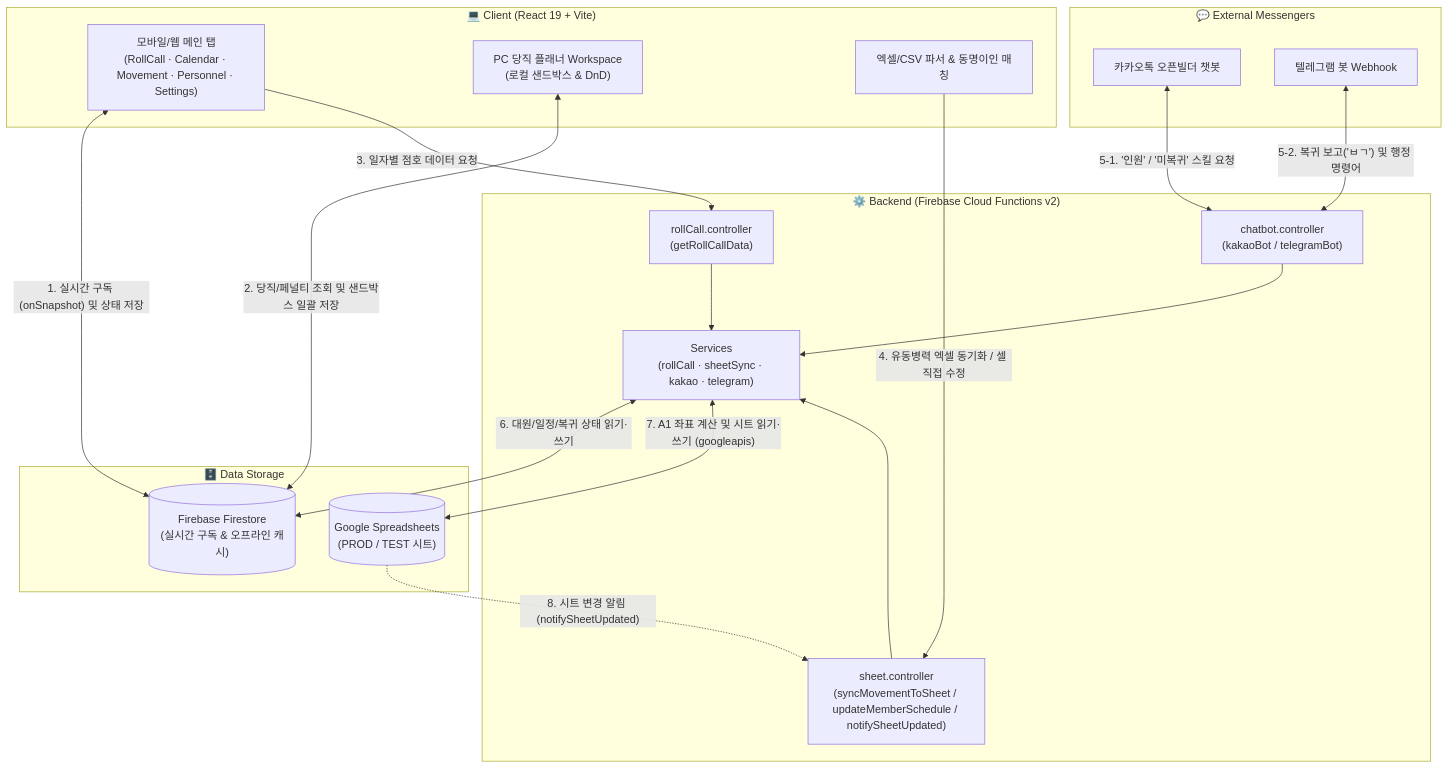
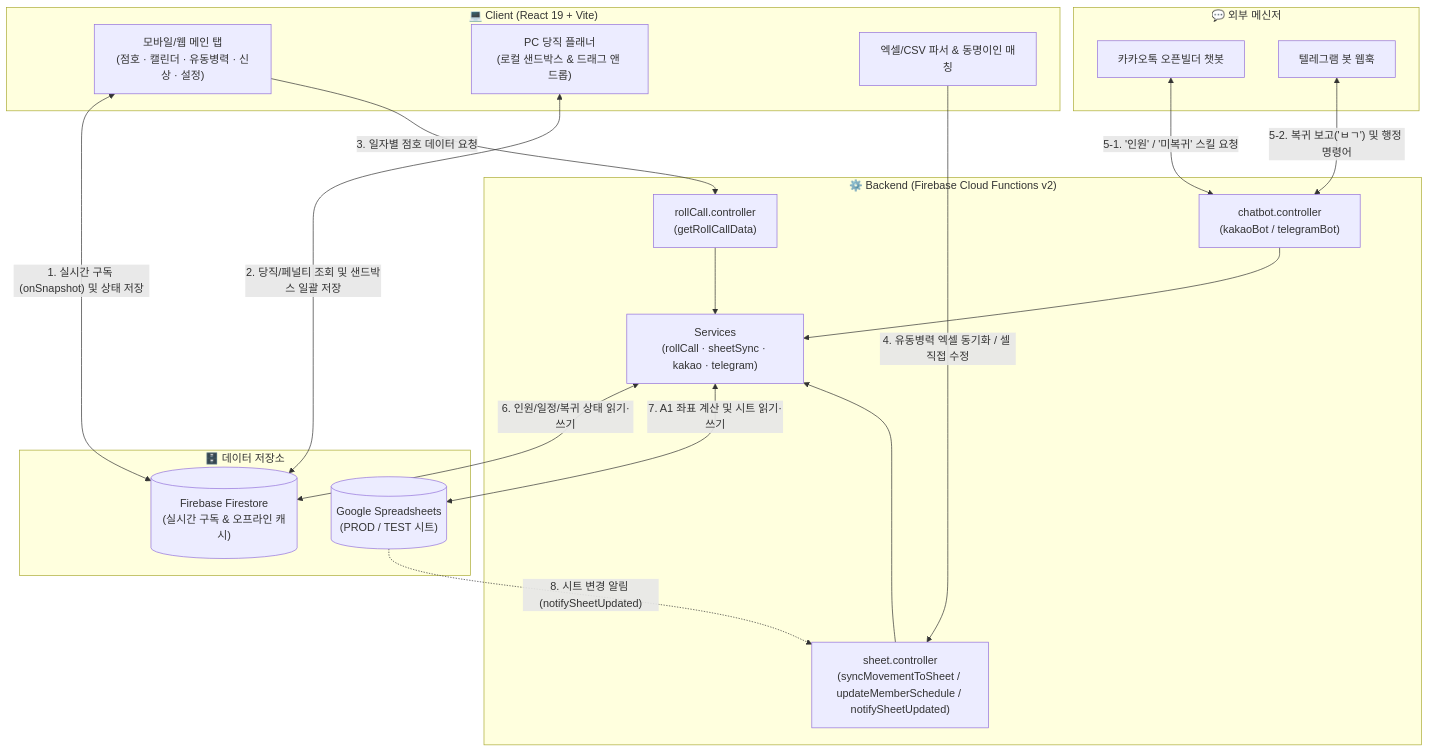
The diagram in README.md (KangGunn/NCOA), drawn with Mermaid before and after one commit. The commit also changed other lines of this file, not shown here.

````diff
--- a/README.md
+++ b/README.md
@@ -31,46 +31,46 @@
 ```mermaid
 flowchart TD
     %% 클라이언트 영역
     subgraph Client ["💻 Client (React 19 + Vite)"]
-        UI_MAIN["모바일/웹 메인 탭\n(RollCall · Calendar · Movement · Personnel · Settings)"]
-        UI_DUTY["PC 당직 플래너 Workspace\n(로컬 샌드박스 & DnD)"]
+        UI_MAIN["모바일/웹 메인 탭\n(점호 · 캘린더 · 유동병력 · 신상 · 설정)"]
+        UI_DUTY["PC 당직 플래너\n(로컬 샌드박스 & 드래그 앤 드롭)"]
         UI_PARSER["엑셀/CSV 파서 & 동명이인 매칭"]
     end
 
     %% 외부 메신저 영역
-    subgraph Messengers ["💬 External Messengers"]
+    subgraph Messengers ["💬 외부 메신저"]
         KAKAO["카카오톡 오픈빌더 챗봇"]
-        TELEGRAM["텔레그램 봇 Webhook"]
+        TELEGRAM["텔레그램 봇 웹훅"]
     end
 
     %% 백엔드 영역
     subgraph Backend ["⚙️ Backend (Firebase Cloud Functions v2)"]
         CTRL_ROLL["rollCall.controller\n(getRollCallData)"]
         CTRL_SHEET["sheet.controller\n(syncMovementToSheet / updateMemberSchedule / notifySheetUpdated)"]
         CTRL_BOT["chatbot.controller\n(kakaoBot / telegramBot)"]
         SVC_CORE["Services\n(rollCall · sheetSync · kakao · telegram)"]
     end
 
     %% 데이터 저장소 영역
-    subgraph Storage ["🗄️ Data Storage"]
+    subgraph Storage ["🗄️ 데이터 저장소"]
         FIRESTORE[("Firebase Firestore\n(실시간 구독 & 오프라인 캐시)")]
         GSHEET[("Google Spreadsheets\n(PROD / TEST 시트)")]
     end
 
     %% 데이터 흐름
     UI_MAIN <-->|"1. 실시간 구독 (onSnapshot) 및 상태 저장"| FIRESTORE
     UI_DUTY <-->|"2. 당직/페널티 조회 및 샌드박스 일괄 저장"| FIRESTORE
     UI_MAIN -->|"3. 일자별 점호 데이터 요청"| CTRL_ROLL
     UI_PARSER -->|"4. 유동병력 엑셀 동기화 / 셀 직접 수정"| CTRL_SHEET
 
     KAKAO <-->|"5-1. '인원' / '미복귀' 스킬 요청"| CTRL_BOT
     TELEGRAM <-->|"5-2. 복귀 보고('ㅂㄱ') 및 행정 명령어"| CTRL_BOT
 
     CTRL_ROLL --> SVC_CORE
     CTRL_SHEET --> SVC_CORE
     CTRL_BOT --> SVC_CORE
 
-    SVC_CORE <-->|"6. 대원/일정/복귀 상태 읽기·쓰기"| FIRESTORE
-    SVC_CORE <-->|"7. A1 좌표 계산 및 시트 읽기·쓰기 (googleapis)"| GSHEET
+    SVC_CORE <-->|"6. 인원/일정/복귀 상태 읽기·쓰기"| FIRESTORE
+    SVC_CORE <-->|"7. A1 좌표 계산 및 시트 읽기·쓰기"| GSHEET
     GSHEET -.->|"8. 시트 변경 알림 (notifySheetUpdated)"| CTRL_SHEET
 ```
````
